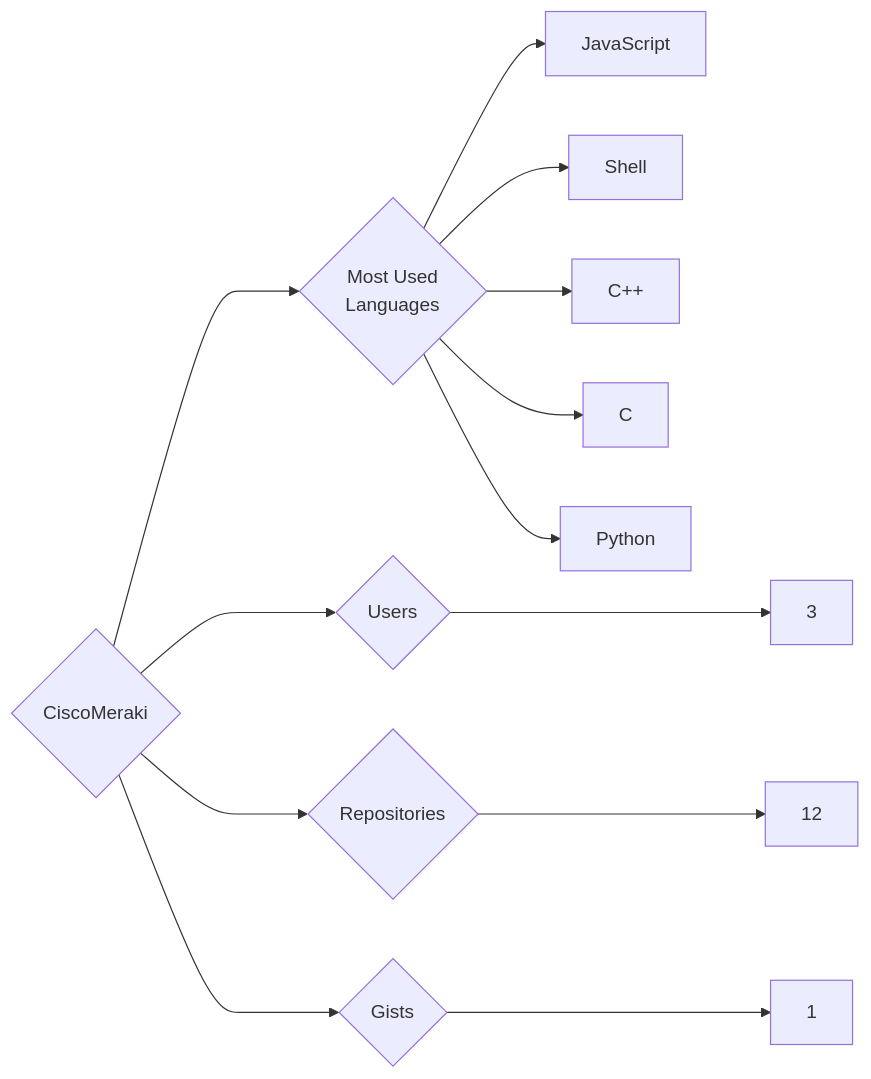
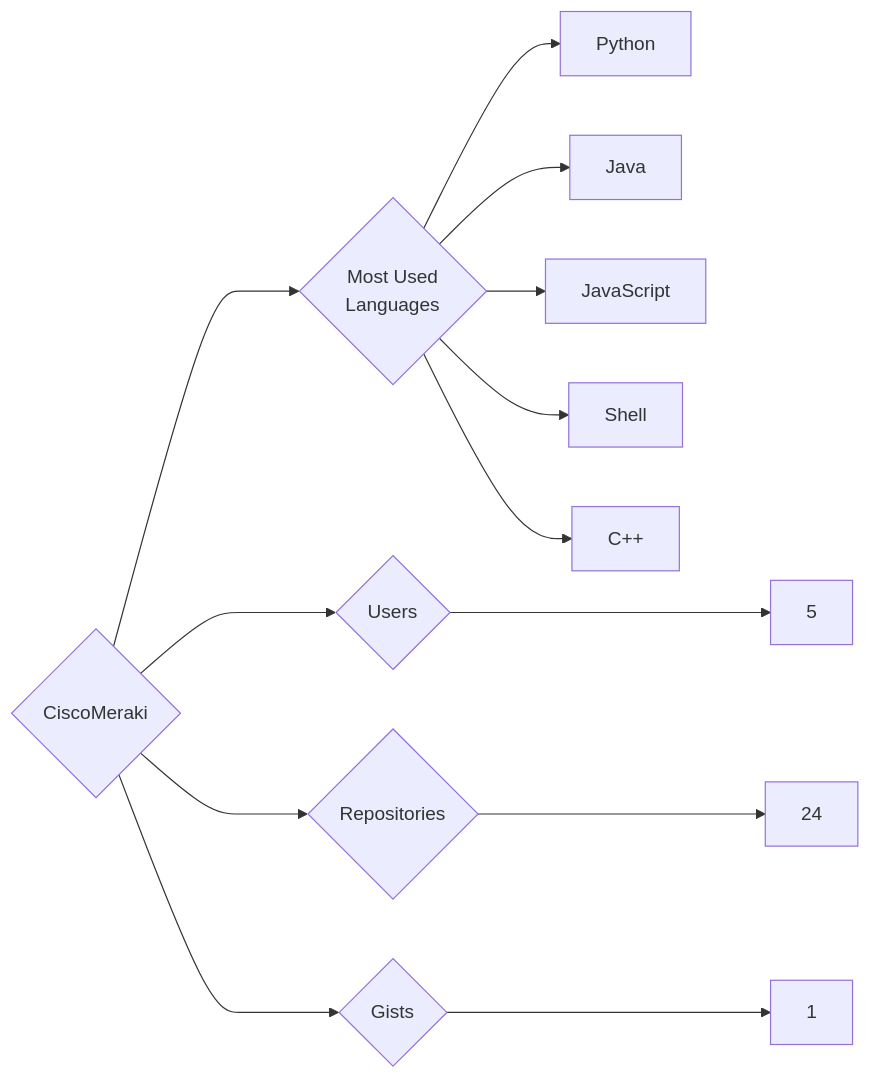
Before and after one commit to trickest/insiders: the diagram in targets/CiscoMeraki/README.md, drawn with Mermaid. The commit also changed 988 other files, not shown here.

````diff
--- a/targets/CiscoMeraki/README.md
+++ b/targets/CiscoMeraki/README.md
@@ -3,13 +3,13 @@
 ```mermaid
 graph LR
 COMPANY_NAME{CiscoMeraki}
-COMPANY_NAME ---> U{Users} ---> UN[3]
-COMPANY_NAME ---> R{Repositories} ---> RN[12]
+COMPANY_NAME ---> U{Users} ---> UN[5]
+COMPANY_NAME ---> R{Repositories} ---> RN[24]
 COMPANY_NAME ---> G{Gists} ---> GN[1]
 COMPANY_NAME ---> ML{Most Used<br>Languages}
+ML --> Python[Python]
+ML --> Java[Java]
 ML --> JavaScript[JavaScript]
 ML --> Shell[Shell]
 ML --> C++[C++]
-ML --> C[C]
-ML --> Python[Python]
 ```
````
